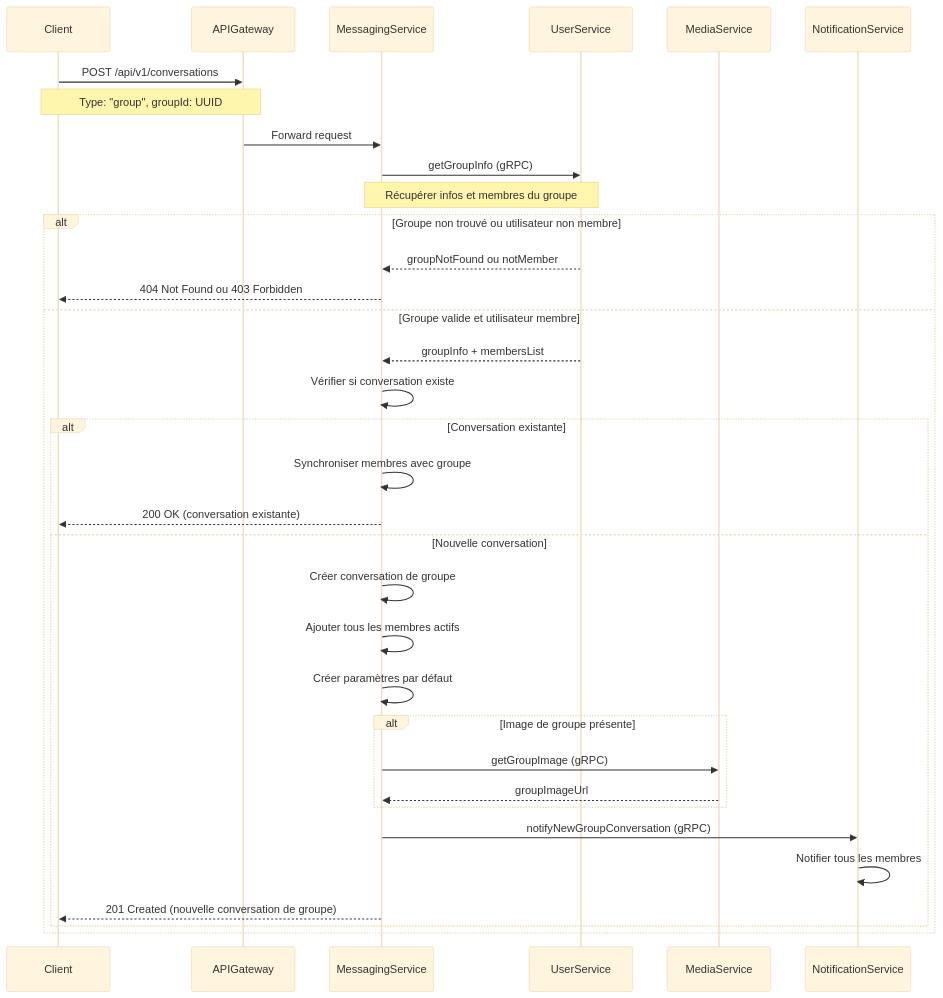
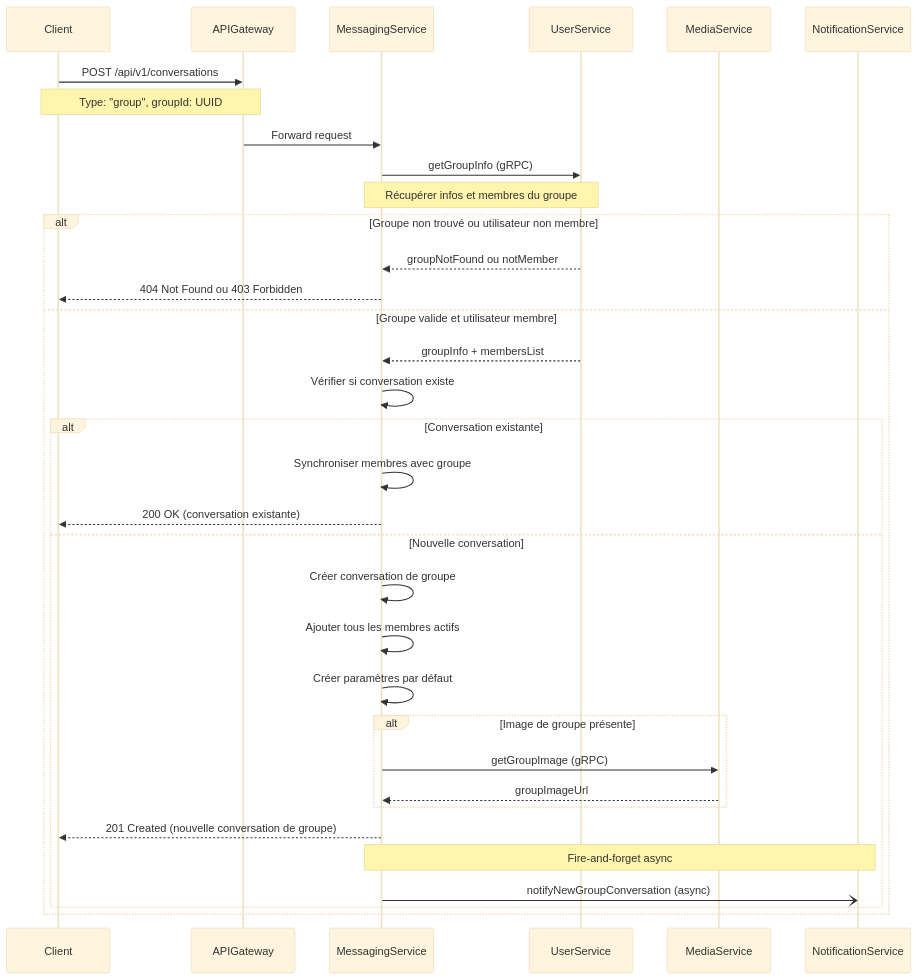
Before and after one commit to whispr-messenger/messaging-service: the second of 10 diagrams in documentation/src/2_fonctional_specs/1_chats_management.md, drawn with Mermaid (base theme). The commit also changed other lines of this file and 1 other file, not shown here.

First line of the commit message:
docs: align inter-service call specs with bounded context principles

````diff
--- a/documentation/src/2_fonctional_specs/1_chats_management.md
+++ b/documentation/src/2_fonctional_specs/1_chats_management.md
@@ -77,44 +77,44 @@
 ```mermaid
 sequenceDiagram
     participant Client
     participant APIGateway
     participant MessagingService
     participant UserService
     participant MediaService
     participant NotifService as NotificationService
     
     Client->>APIGateway: POST /api/v1/conversations
     Note over Client,APIGateway: Type: "group", groupId: UUID
     APIGateway->>MessagingService: Forward request
     
     MessagingService->>UserService: getGroupInfo (gRPC)
     Note over MessagingService,UserService: Récupérer infos et membres du groupe
     
     alt Groupe non trouvé ou utilisateur non membre
         UserService-->>MessagingService: groupNotFound ou notMember
         MessagingService-->>Client: 404 Not Found ou 403 Forbidden
     else Groupe valide et utilisateur membre
         UserService-->>MessagingService: groupInfo + membersList
         
         MessagingService->>MessagingService: Vérifier si conversation existe
         
         alt Conversation existante
             MessagingService->>MessagingService: Synchroniser membres avec groupe
             MessagingService-->>Client: 200 OK (conversation existante)
         else Nouvelle conversation
             MessagingService->>MessagingService: Créer conversation de groupe
             MessagingService->>MessagingService: Ajouter tous les membres actifs
             MessagingService->>MessagingService: Créer paramètres par défaut
             
             alt Image de groupe présente
                 MessagingService->>MediaService: getGroupImage (gRPC)
                 MediaService-->>MessagingService: groupImageUrl
             end
             
-            MessagingService->>NotifService: notifyNewGroupConversation (gRPC)
-            NotifService->>NotifService: Notifier tous les membres
-            
             MessagingService-->>Client: 201 Created (nouvelle conversation de groupe)
+
+            Note over MessagingService,NotifService: Fire-and-forget async
+            MessagingService-)NotifService: notifyNewGroupConversation (async)
         end
     end
 ```
````
